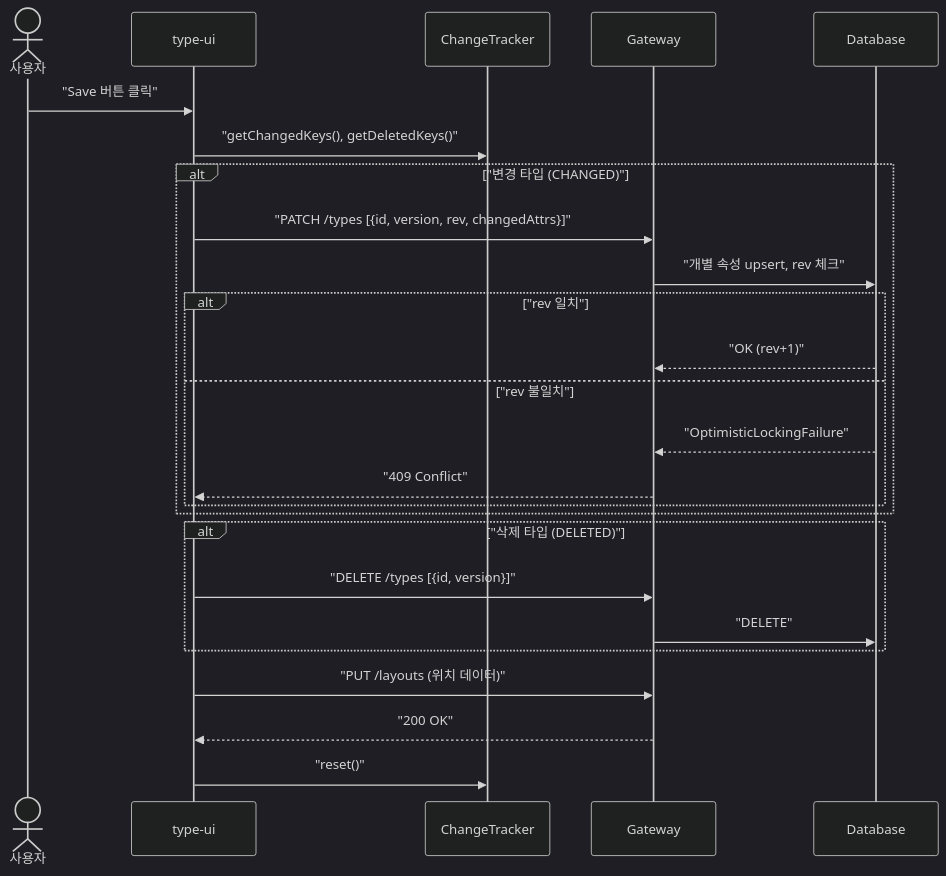
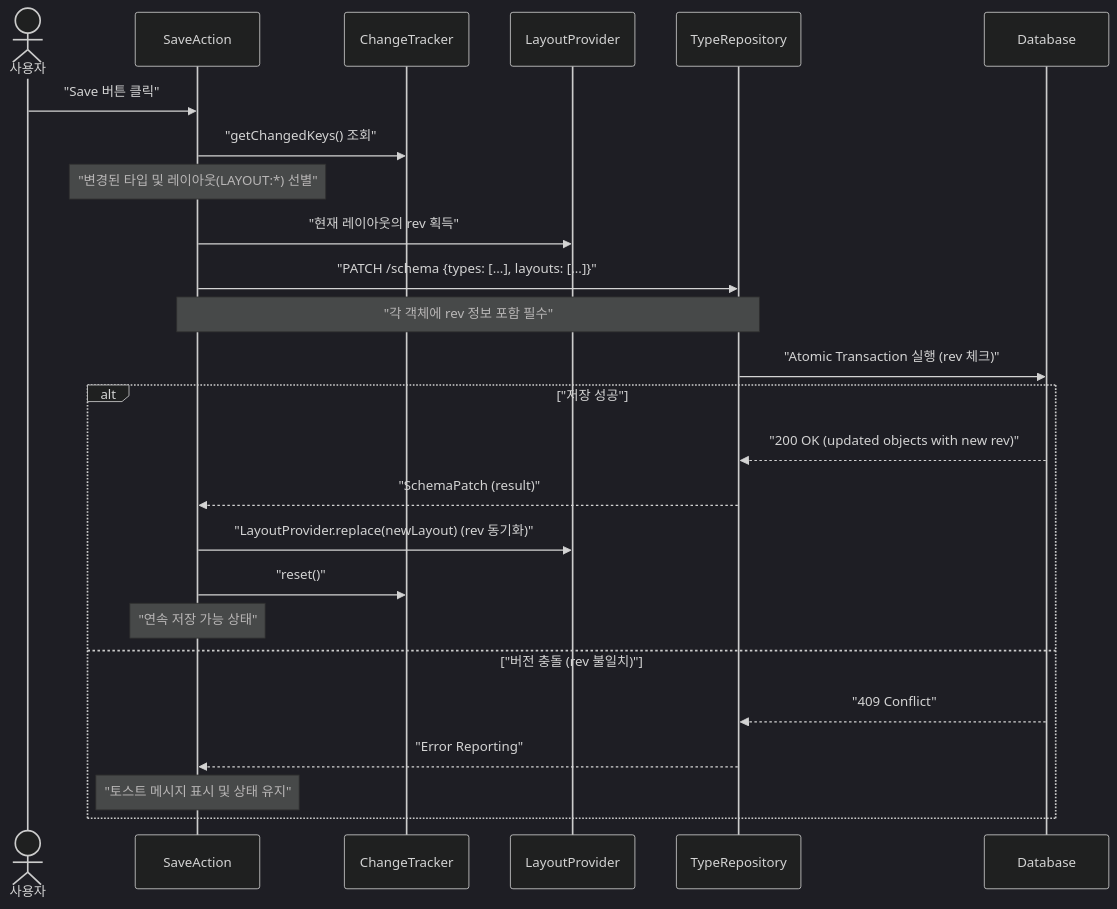
One commit to sayaya1090/handbook changed diagram 12 of 17 in type-ui/USECASE.md. Above: the diagram before and after it, drawn with Mermaid (dark theme). The commit also changed other lines of this file and 1 other file, not shown here.

Commit message:
docs: 선택적 저장 및 리비전 동기화 설계 반영 (USECASE, CLASS-DIAGRAM)
- type-ui/USECASE.md: UC-T10(저장)의 시퀀스 다이어그램을 최적화된 Selective Patch 및 리비전 동기화 흐름으로 전면 개편
- type-ui/CLASS-DIAGRAM.md: SaveAction의 신규 의존관계(LayoutProvider) 및 Move/Resize/Create 액션의 레이아웃 더티 마킹 관계 명시
- 변경된 설계 구조를 공식 문서에 통합하여 구현-설계 일치성 확보

````diff
--- a/type-ui/USECASE.md
+++ b/type-ui/USECASE.md
@@ -422,30 +422,30 @@
 ```mermaid
 sequenceDiagram
     actor User as 사용자
-    participant UI as type-ui
+    participant UI as SaveAction
     participant CT as ChangeTracker
-    participant GW as Gateway
+    participant LP as LayoutProvider
+    participant API as TypeRepository
     participant DB as Database
 
     User->>UI: "Save 버튼 클릭"
-    UI->>CT: "getChangedKeys(), getDeletedKeys()"
+    UI->>CT: "getChangedKeys() 조회"
+    Note over UI: "변경된 타입 및 레이아웃(LAYOUT:*) 선별"
 
-    alt "변경 타입 (CHANGED)"
-        UI->>GW: "PATCH /types [{id, version, rev, changedAttrs}]"
-        GW->>DB: "개별 속성 upsert, rev 체크"
-        alt "rev 일치"
-            DB-->>GW: "OK (rev+1)"
-        else "rev 불일치"
-            DB-->>GW: "OptimisticLockingFailure"
-            GW-->>UI: "409 Conflict"
-        end
+    UI->>LP: "현재 레이아웃의 rev 획득"
+    UI->>API: "PATCH /schema {types: [...], layouts: [...]}"
+    Note over UI,API: "각 객체에 rev 정보 포함 필수"
+    
+    API->>DB: "Atomic Transaction 실행 (rev 체크)"
+    alt "저장 성공"
+        DB-->>API: "200 OK (updated objects with new rev)"
+        API-->>UI: "SchemaPatch (result)"
+        UI->>LP: "LayoutProvider.replace(newLayout) (rev 동기화)"
+        UI->>CT: "reset()"
+        Note over UI: "연속 저장 가능 상태"
+    else "버전 충돌 (rev 불일치)"
+        DB-->>API: "409 Conflict"
+        API-->>UI: "Error Reporting"
+        Note over UI: "토스트 메시지 표시 및 상태 유지"
     end
-    alt "삭제 타입 (DELETED)"
-        UI->>GW: "DELETE /types [{id, version}]"
-        GW->>DB: "DELETE"
-    end
-
-    UI->>GW: "PUT /layouts (위치 데이터)"
-    GW-->>UI: "200 OK"
-    UI->>CT: "reset()"
 ```
````
